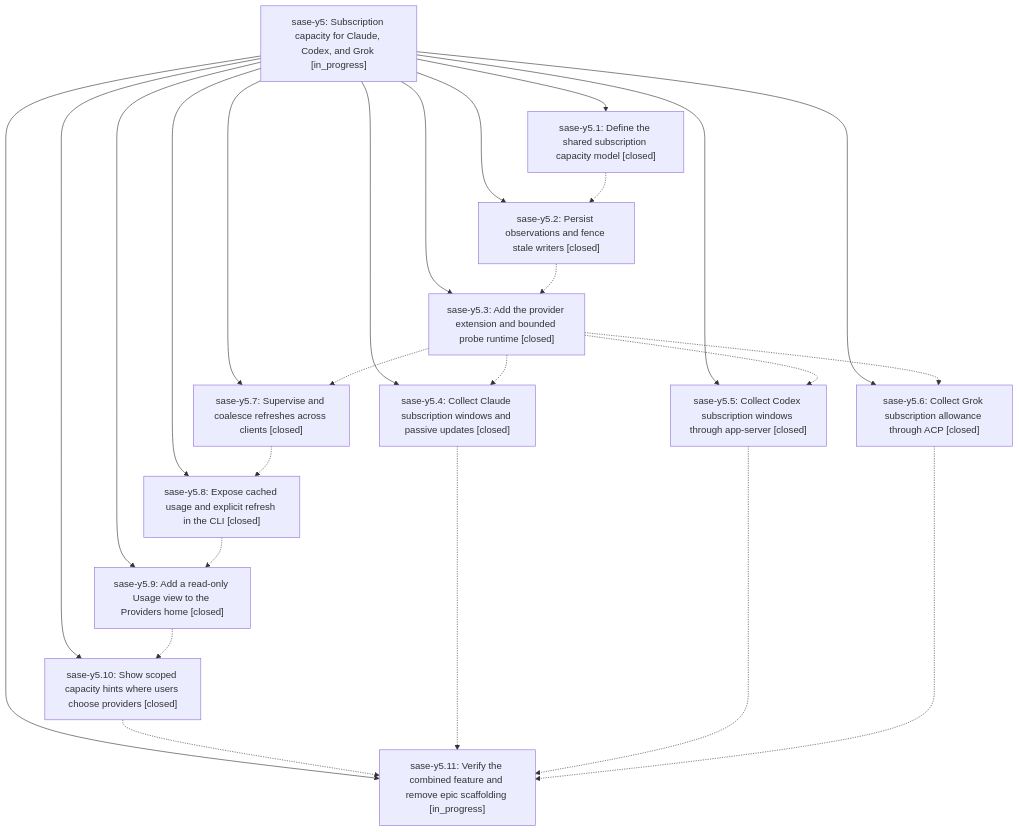
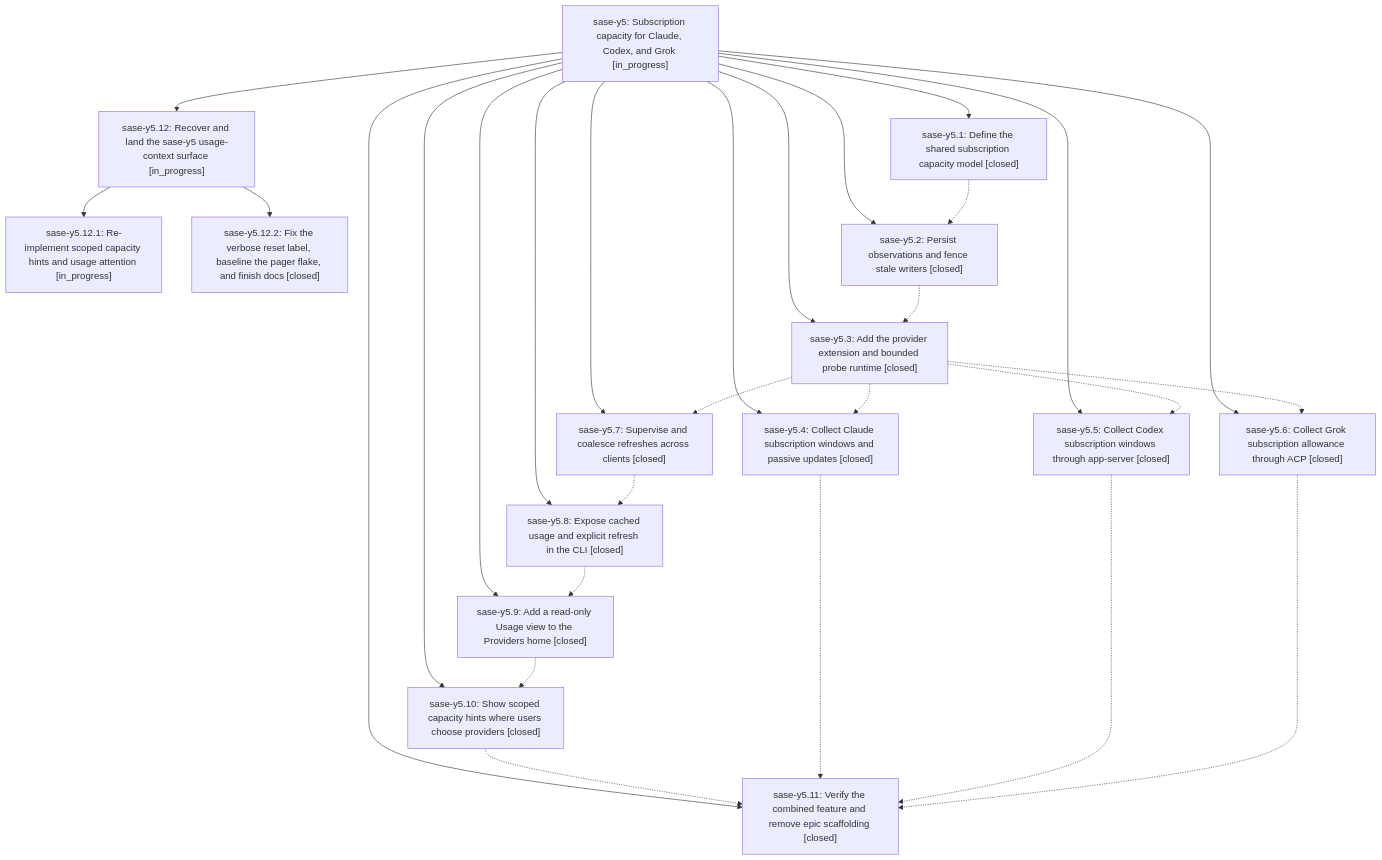
One commit to sase-org/sase--beads changed the diagram in pages/sase-y5/README.md. Above: the diagram before and after it, drawn with Mermaid. The commit also changed other lines of this file and 8 other files, not shown here.

````diff
--- a/pages/sase-y5/README.md
+++ b/pages/sase-y5/README.md
@@ -64,39 +67,45 @@
 ```mermaid
 flowchart TD
     n0["sase-y5: Subscription capacity for Claude, Codex, and Grok [in_progress]"]
     n1["sase-y5.1: Define the shared subscription capacity model [closed]"]
     n2["sase-y5.10: Show scoped capacity hints where users choose providers [closed]"]
-    n3["sase-y5.11: Verify the combined feature and remove epic scaffolding [in_progress]"]
-    n4["sase-y5.2: Persist observations and fence stale writers [closed]"]
-    n5["sase-y5.3: Add the provider extension and bounded probe runtime [closed]"]
-    n6["sase-y5.4: Collect Claude subscription windows and passive updates [closed]"]
-    n7["sase-y5.5: Collect Codex subscription windows through app-server [closed]"]
-    n8["sase-y5.6: Collect Grok subscription allowance through ACP [closed]"]
-    n9["sase-y5.7: Supervise and coalesce refreshes across clients [closed]"]
-    n10["sase-y5.8: Expose cached usage and explicit refresh in the CLI [closed]"]
-    n11["sase-y5.9: Add a read-only Usage view to the Providers home [closed]"]
+    n3["sase-y5.11: Verify the combined feature and remove epic scaffolding [closed]"]
+    n4["sase-y5.12: Recover and land the sase-y5 usage-context surface [in_progress]"]
+    n5["sase-y5.12.1: Re-implement scoped capacity hints and usage attention [in_progress]"]
+    n6["sase-y5.12.2: Fix the verbose reset label, baseline the pager flake, and finish docs [closed]"]
+    n7["sase-y5.2: Persist observations and fence stale writers [closed]"]
+    n8["sase-y5.3: Add the provider extension and bounded probe runtime [closed]"]
+    n9["sase-y5.4: Collect Claude subscription windows and passive updates [closed]"]
+    n10["sase-y5.5: Collect Codex subscription windows through app-server [closed]"]
+    n11["sase-y5.6: Collect Grok subscription allowance through ACP [closed]"]
+    n12["sase-y5.7: Supervise and coalesce refreshes across clients [closed]"]
+    n13["sase-y5.8: Expose cached usage and explicit refresh in the CLI [closed]"]
+    n14["sase-y5.9: Add a read-only Usage view to the Providers home [closed]"]
     n0 --> n1
     n0 --> n2
     n0 --> n3
     n0 --> n4
-    n0 --> n5
-    n0 --> n6
+    n4 --> n5
+    n4 --> n6
     n0 --> n7
     n0 --> n8
     n0 --> n9
     n0 --> n10
     n0 --> n11
-    n1 -.-> n4
+    n0 --> n12
+    n0 --> n13
+    n0 --> n14
+    n1 -.-> n7
     n2 -.-> n3
-    n4 -.-> n5
-    n5 -.-> n6
-    n5 -.-> n7
-    n5 -.-> n8
-    n5 -.-> n9
-    n6 -.-> n3
-    n7 -.-> n3
-    n8 -.-> n3
-    n9 -.-> n10
-    n10 -.-> n11
-    n11 -.-> n2
+    n7 -.-> n8
+    n8 -.-> n9
+    n8 -.-> n10
+    n8 -.-> n11
+    n8 -.-> n12
+    n9 -.-> n3
+    n10 -.-> n3
+    n11 -.-> n3
+    n12 -.-> n13
+    n13 -.-> n14
+    n14 -.-> n2
 ```
````
